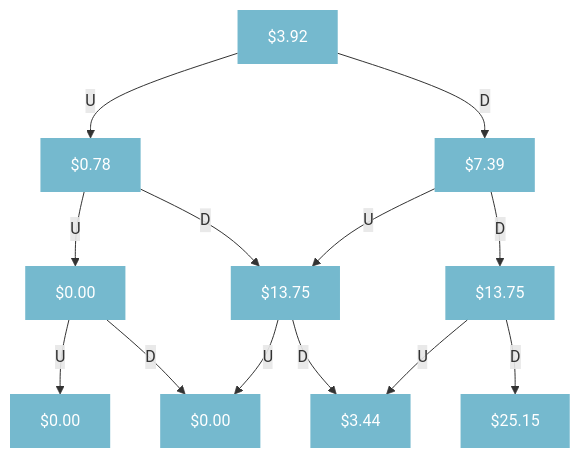
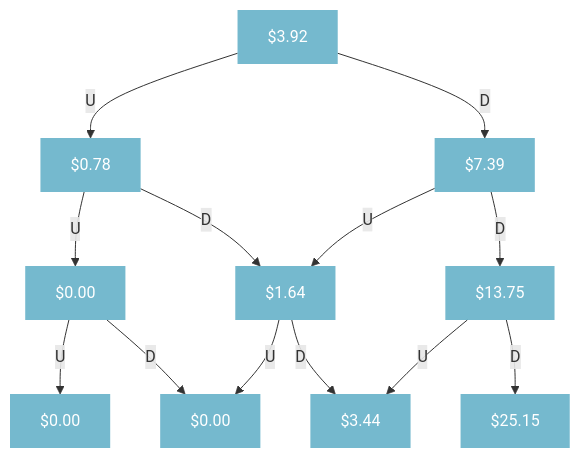
The third of 5 diagrams in _posts/2024-02-09-Binominal-Trees.md (JerBouma/jerbouma.github.io), drawn with Mermaid before and after one commit. The commit also changed other lines of this file and 10 other files, not shown here.

Commit message:
Do some formatting, grammar changes and sentence flow checks

```diff
--- a/_posts/2024-02-09-Binominal-Trees.md
+++ b/_posts/2024-02-09-Binominal-Trees.md
@@ -161,24 +159,24 @@
 <div class="mermaid">
 
 flowchart TD;
 classDef boxfont fill:#3b9cba,stroke-width:0px,fill-opacity:0.7,color:white,radius:20px;
 
 Step0["$3.92"]:::boxfont -- U --> Step1["$0.78"]:::boxfont
 Step0["$3.92"] -- D --> Step2["$7.39"]:::boxfont
 
 Step1["$0.78"] -- U --> Step3["$0.00"]:::boxfont
 Step1["$0.78"] -- D --> Step4["$1.64"]:::boxfont
 
 Step2["$7.39"] -- U --> Step4["$1.64"]:::boxfont
 Step2["$7.39"] -- D --> Step5["$13.75"]:::boxfont
 
 Step3["$0.00"] -- U --> Step6["$0.00"]:::boxfont
 Step3["$0.00"] -- D --> Step7["$0.00"]:::boxfont
 
 Step4["$1.64"] -- U --> Step7["$0.00"]:::boxfont
-Step4["$13.75"] -- D --> Step8["$3.44"]:::boxfont
+Step4["$1.64"] -- D --> Step8["$3.44"]:::boxfont
 
 Step5["$13.75"] -- U --> Step8["$3.44"]:::boxfont
 Step5["$13.75"] -- D --> Step9["$25.15"]:::boxfont
 
 </div>
```
